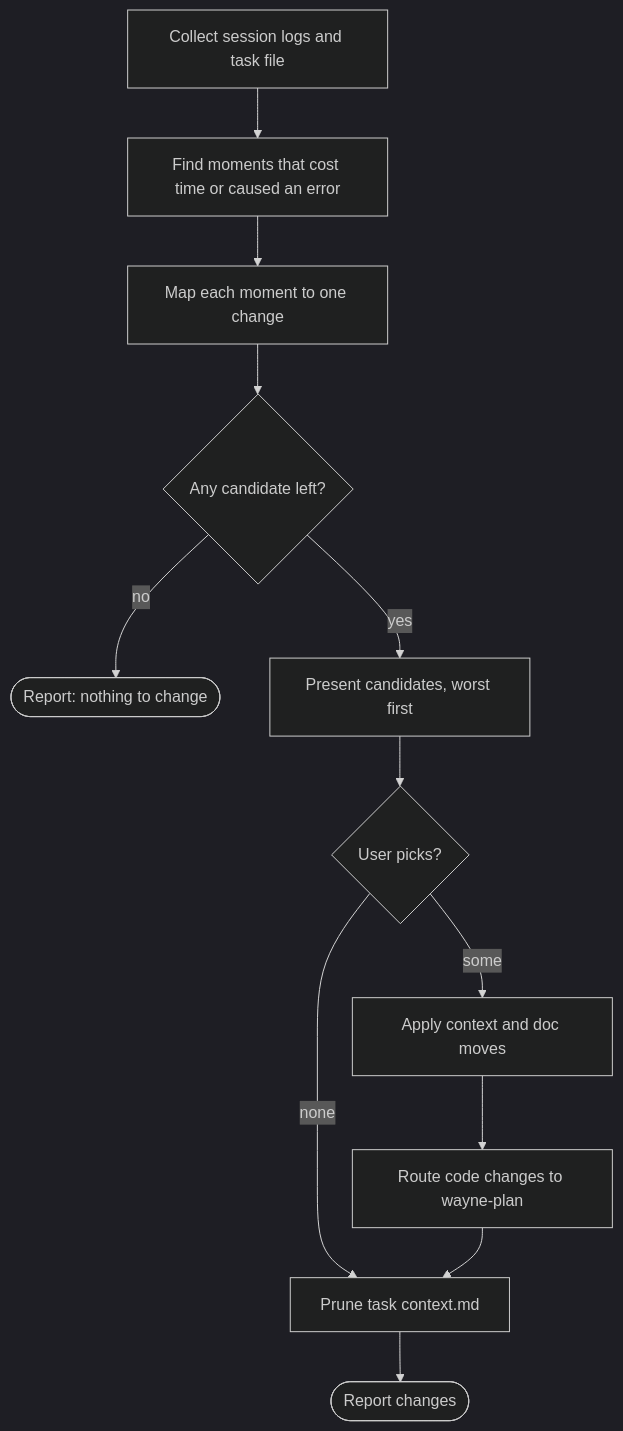
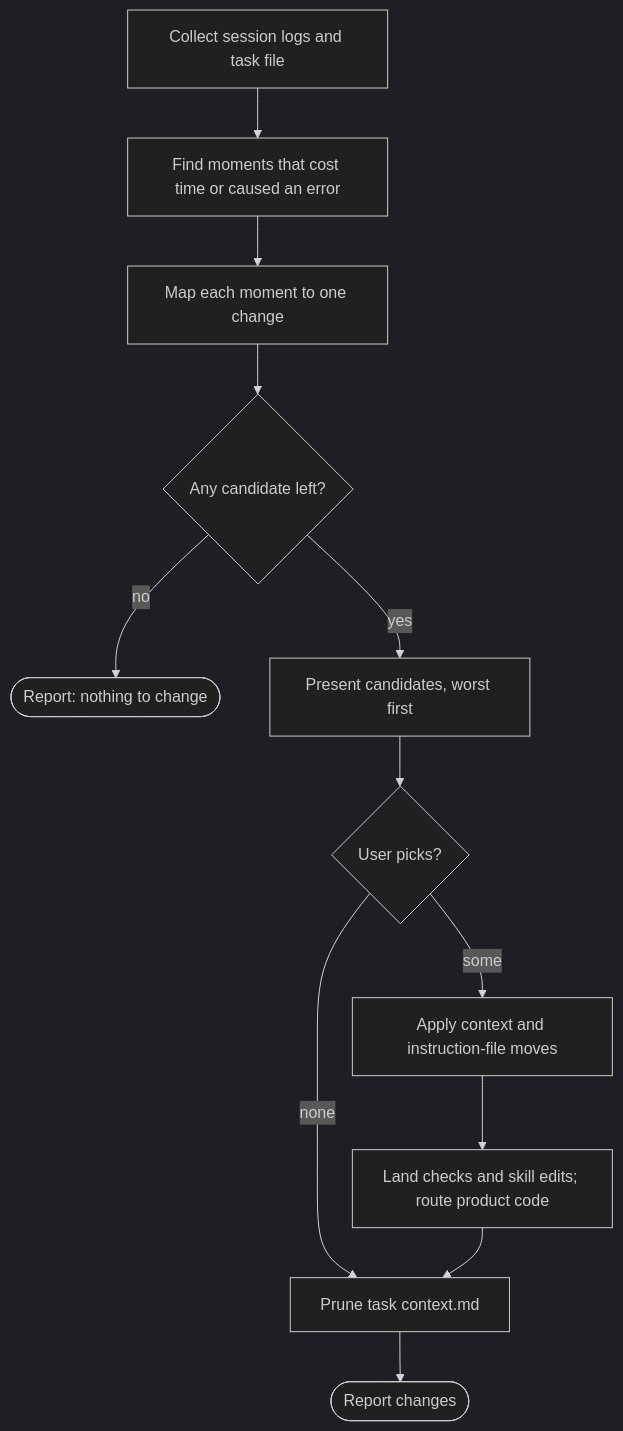
Before and after one commit to waynejing995/wayne-taste: the diagram in wayne-compress/SKILL.md, drawn with Mermaid (dark theme). The commit also changed other lines of this file and 3 other files, not shown here.

First line of the commit message:
feat:/wayne-compress - land checks and skill edits; instruction file is AGENTS.md or CLAUDE.md

````diff
--- a/wayne-compress/SKILL.md
+++ b/wayne-compress/SKILL.md
@@ -14,25 +14,25 @@
 ```mermaid
 flowchart TB
     A["Collect session logs and task file"]
     B["Find moments that cost time or caused an error"]
     C["Map each moment to one change"]
     D{"Any candidate left?"}
     N(["Report: nothing to change"])
     E["Present candidates, worst first"]
     F{"User picks?"}
-    G["Apply context and doc moves"]
-    H["Route code changes to wayne-plan"]
+    G["Apply context and instruction-file moves"]
+    H["Land checks and skill edits; route product code"]
     P["Prune task context.md"]
     Z(["Report changes"])
     A --> B
     B --> C
     C --> D
     D -->|"no"| N
     D -->|"yes"| E
     E --> F
     F -->|"none"| P
     F -->|"some"| G
     G --> H
     H --> P
     P --> Z
 ```
````
